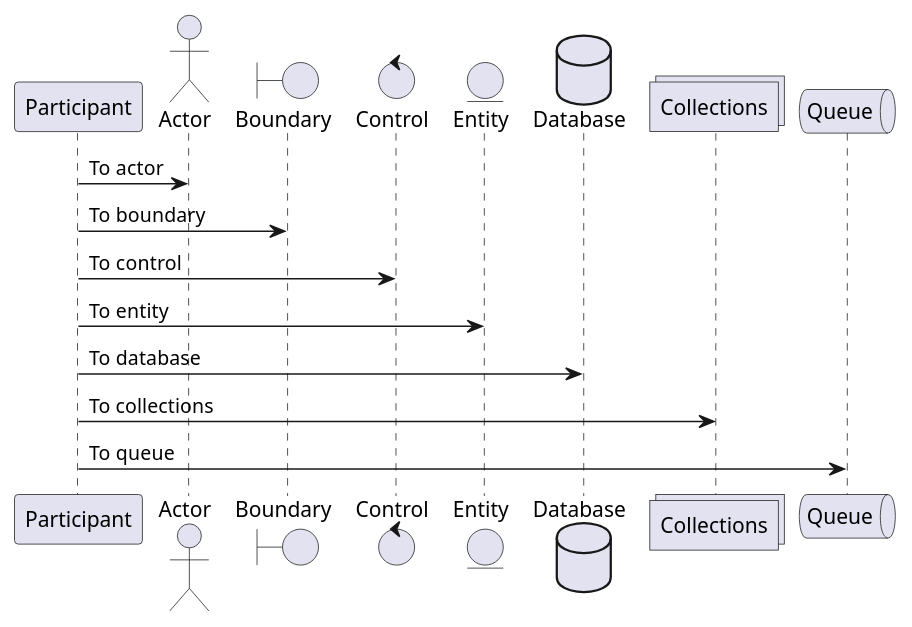
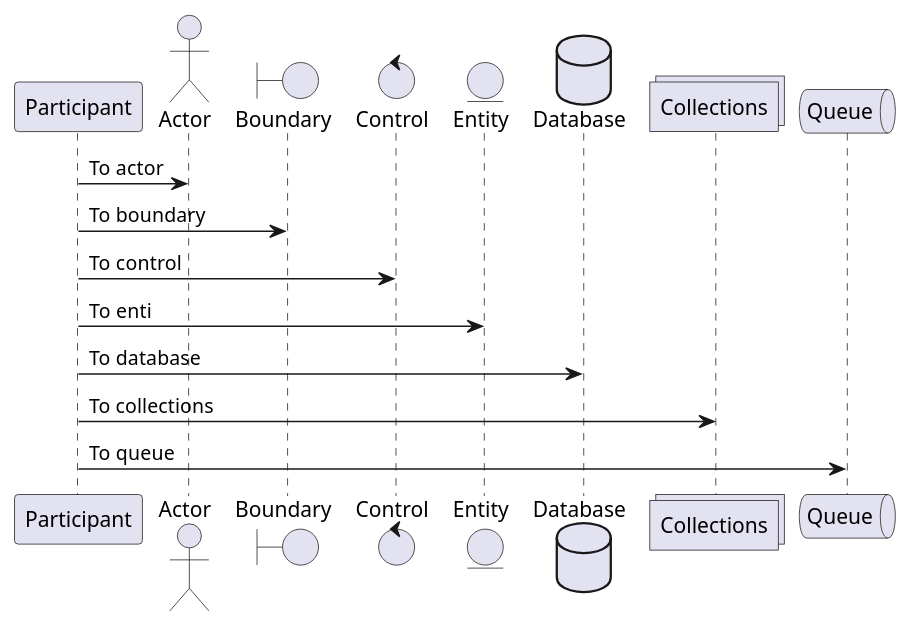
One commit to furucrmBAO/JICA_UML changed the diagram in Register/Register.wsd. Above: the diagram before and after it, drawn with PlantUML.

```diff
--- a/Register/Register.wsd
+++ b/Register/Register.wsd
@@ -1,17 +1,17 @@
 @startuml
 participant Participant as Foo
 actor       Actor       as Foo1
 boundary    Boundary    as Foo2
 control     Control     as Foo3
 entity      Entity      as Foo4
 database    Database    as Foo5
 collections Collections as Foo6
 queue       Queue       as Foo7
 Foo -> Foo1 : To actor 
 Foo -> Foo2 : To boundary
 Foo -> Foo3 : To control
-Foo -> Foo4 : To entity
+Foo -> Foo4 : To enti
 Foo -> Foo5 : To database
 Foo -> Foo6 : To collections
 Foo -> Foo7: To queue
 @enduml
```
